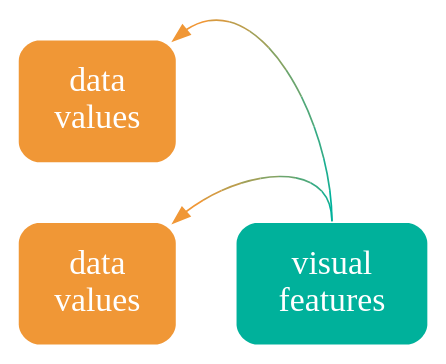
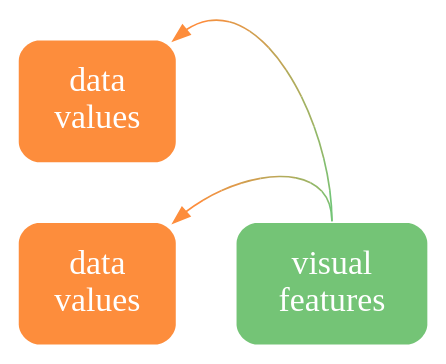
Before and after one commit to pmur002/hdvw: the diagram in Diagrams/ambiguous-decode.dot, drawn with Graphviz. The commit also changed 676 other files, not shown here.

```diff
--- a/Diagrams/ambiguous-decode.dot
+++ b/Diagrams/ambiguous-decode.dot
@@ -1,12 +1,12 @@
 digraph {
   graph [ rankdir=LR; margin=.2; nodesep=.5 ];
   node [ fontsize=20; fontname="sans bold"; margin=.2 ];
-  data [ label="data\nvalues"; shape=box; style="filled, rounded"; penwidth=0; fontcolor=white; fillcolor="#F09736" ]
-  data2 [ label="data\nvalues"; shape=box; style="filled, rounded"; penwidth=0; fontcolor=white; fillcolor="#F09736" ]
+  data [ label="data\nvalues"; shape=box; style="filled, rounded"; penwidth=0; fontcolor=white; fillcolor="#FD8D3C" ]
+  data2 [ label="data\nvalues"; shape=box; style="filled, rounded"; penwidth=0; fontcolor=white; fillcolor="#FD8D3C" ]
   vis [ label="visual\nfeatures"; shape=box;
-     style="filled, rounded"; penwidth=0; fontcolor=white; fillcolor="#00B19B" ]
-  data2 -> vis [ color="#F09736;0.1:#D59A41;0.1:#BB9D4C;0.1:#A0A058;0.1:#85A363;0.1:#6BA56E;0.1:#50A879;0.1:#35AB85;0.1:#1BAE90;0.1:#00B19B;0.1" ] [ style="invis" ]
-  vis:n -> data:ne [ style="solid", color="#00B19B;0.1:#1BAE90;0.1:#35AB85;0.1:#50A879;0.1:#6BA56E;0.1:#85A363;0.1:#A0A058;0.1:#BB9D4C;0.1:#D59A41;0.1:#F09736;0.1" ]
-  vis:n -> data2:ne [ style="solid", color="#00B19B;0.1:#1BAE90;0.1:#35AB85;0.1:#50A879;0.1:#6BA56E;0.1:#85A363;0.1:#A0A058;0.1:#BB9D4C;0.1:#D59A41;0.1:#F09736;0.1" ]
+     style="filled, rounded"; penwidth=0; fontcolor=white; fillcolor="#74C476" ]
+  data2 -> vis [ color="#FD8D3C;0.1:#EE9342;0.1:#DF9949;0.1:#CF9F4F;0.1:#C0A556;0.1:#B1AC5C;0.1:#A2B263;0.1:#92B869;0.1:#83BE70;0.1:#74C476;0.1" ] [ style="invis" ]
+  vis:n -> data:ne [ style="solid", color="#74C476;0.1:#83BE70;0.1:#92B869;0.1:#A2B263;0.1:#B1AC5C;0.1:#C0A556;0.1:#CF9F4F;0.1:#DF9949;0.1:#EE9342;0.1:#FD8D3C;0.1" ]
+  vis:n -> data2:ne [ style="solid", color="#74C476;0.1:#83BE70;0.1:#92B869;0.1:#A2B263;0.1:#B1AC5C;0.1:#C0A556;0.1:#CF9F4F;0.1:#DF9949;0.1:#EE9342;0.1:#FD8D3C;0.1" ]
 { rank=same; data, data2 }
 }
```
